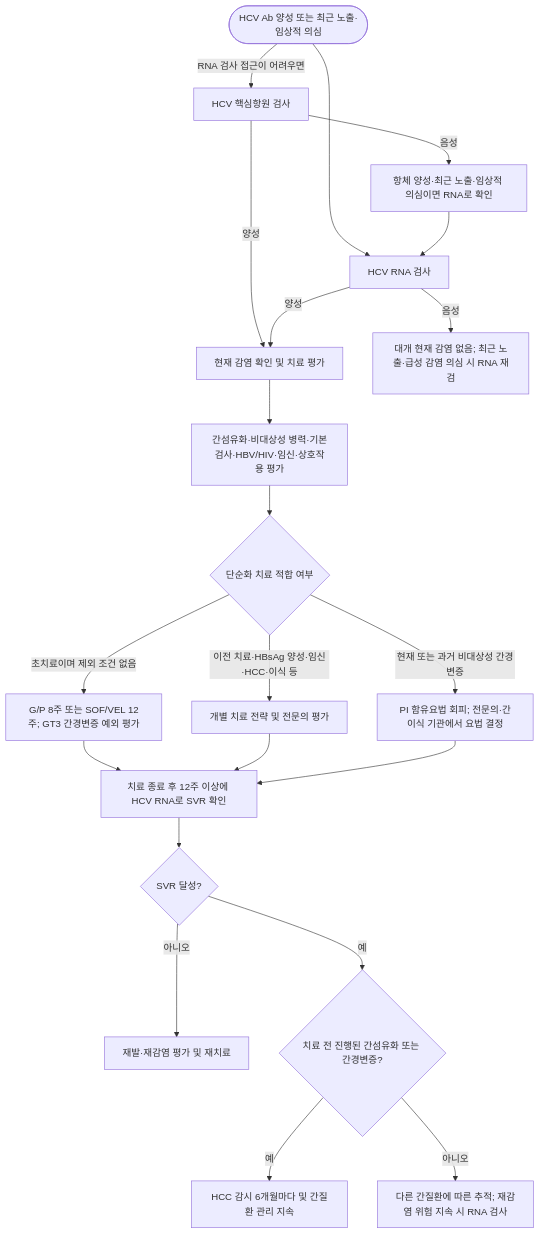
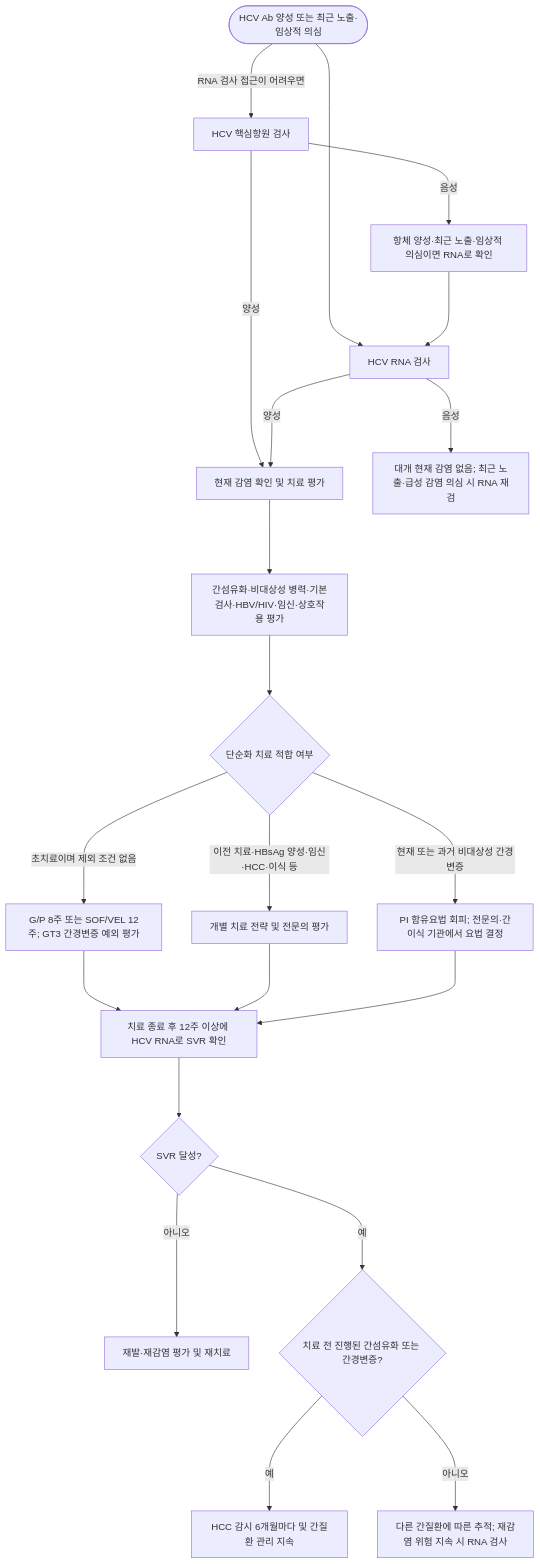
The diagram in 224_/092_hcv-infection.md (familyoh77/familyoh77), drawn with Mermaid before and after one commit. The commit also changed other lines of this file and 11 other files, not shown here.

````diff
--- a/224_/092_hcv-infection.md
+++ b/224_/092_hcv-infection.md
@@ -128,23 +136,23 @@
 ```mermaid
 flowchart TD
-    A(["HCV Ab 양성 또는 최근 노출·임상적 의심"]) --> B["HCV RNA 검사"]
-    A -- "RNA 검사 접근이 어려우면" --> C["HCV 핵심항원 검사"]
-    C -- 양성 --> D["현재 감염 확인 및 치료 평가"]
-    C -- 음성 --> E["항체 양성·최근 노출·임상적 의심이면 RNA로 확인"]
-    E --> B
-    B -- 양성 --> D
-    B -- 음성 --> F["대개 현재 감염 없음; 최근 노출·급성 감염 의심 시 RNA 재검"]
-    D --> G["간섬유화·비대상성 병력·기본검사·HBV/HIV·임신·상호작용 평가"]
-    G --> H{"단순화 치료 적합 여부"}
-    H -- "초치료이며 제외 조건 없음" --> I["G/P 8주 또는 SOF/VEL 12주; GT3 간경변증 예외 평가"]
-    H -- "이전 치료·HBsAg 양성·임신·HCC·이식 등" --> J["개별 치료 전략 및 전문의 평가"]
-    H -- "현재 또는 과거 비대상성 간경변증" --> K["PI 함유요법 회피; 전문의·간이식 기관에서 요법 결정"]
-    I --> L["치료 종료 후 12주 이상에 HCV RNA로 SVR 확인"]
-    J --> L
-    K --> L
-    L --> M{"SVR 달성?"}
-    M -- 아니오 --> N["재발·재감염 평가 및 재치료"]
-    M -- 예 --> O{"치료 전 진행된 간섬유화 또는 간경변증?"}
-    O -- 예 --> P["HCC 감시 6개월마다 및 간질환 관리 지속"]
-    O -- 아니오 --> Q["다른 간질환에 따른 추적; 재감염 위험 지속 시 RNA 검사"]
+    A(["HCV Ab 양성 또는 최근 노출·임상적 의심"]) ---> B["HCV RNA 검사"]
+    A -- "RNA 검사 접근이 어려우면" ---> C["HCV 핵심항원 검사"]
+    C -- 양성 ---> D["현재 감염 확인 및 치료 평가"]
+    C -- 음성 ---> E["항체 양성·최근 노출·임상적 의심이면 RNA로 확인"]
+    E ---> B
+    B -- 양성 ---> D
+    B -- 음성 ---> F["대개 현재 감염 없음; 최근 노출·급성 감염 의심 시 RNA 재검"]
+    D ---> G["간섬유화·비대상성 병력·기본검사·HBV/HIV·임신·상호작용 평가"]
+    G ---> H{"단순화 치료 적합 여부"}
+    H -- "초치료이며 제외 조건 없음" ---> I["G/P 8주 또는 SOF/VEL 12주; GT3 간경변증 예외 평가"]
+    H -- "이전 치료·HBsAg 양성·임신·HCC·이식 등" ---> J["개별 치료 전략 및 전문의 평가"]
+    H -- "현재 또는 과거 비대상성 간경변증" ---> K["PI 함유요법 회피; 전문의·간이식 기관에서 요법 결정"]
+    I ---> L["치료 종료 후 12주 이상에 HCV RNA로 SVR 확인"]
+    J ---> L
+    K ---> L
+    L ---> M{"SVR 달성?"}
+    M -- 아니오 ---> N["재발·재감염 평가 및 재치료"]
+    M -- 예 ---> O{"치료 전 진행된 간섬유화 또는 간경변증?"}
+    O -- 예 ---> P["HCC 감시 6개월마다 및 간질환 관리 지속"]
+    O -- 아니오 ---> Q["다른 간질환에 따른 추적; 재감염 위험 지속 시 RNA 검사"]
 ```
````
